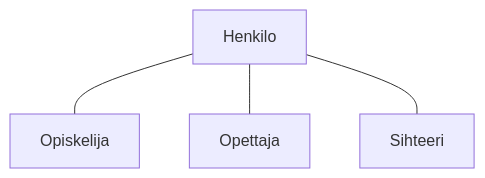
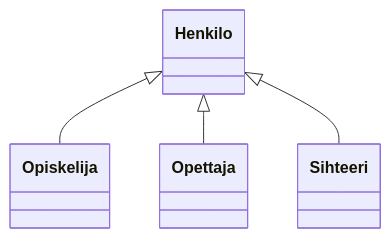
The first of 2 diagrams in src/osa3/01-perinta.md (ohj-perus-jy/ohj2), drawn with Mermaid before and after one commit. The commit also changed other lines of this file, not shown here.

Commit message:
Määritelmä ja UML-huomio

````diff
--- a/src/osa3/01-perinta.md
+++ b/src/osa3/01-perinta.md
@@ -186,11 +190,6 @@
 ```mermaid
---- 
-config:
-  flowchart:
-    curve: basis
----
-flowchart TD
-    Henkilo --- Opiskelija
-    Henkilo --- Opettaja
-    Henkilo --- Sihteeri
+classDiagram
+    Henkilo <|-- Opiskelija
+    Henkilo <|-- Opettaja
+    Henkilo <|-- Sihteeri
 ```
````
